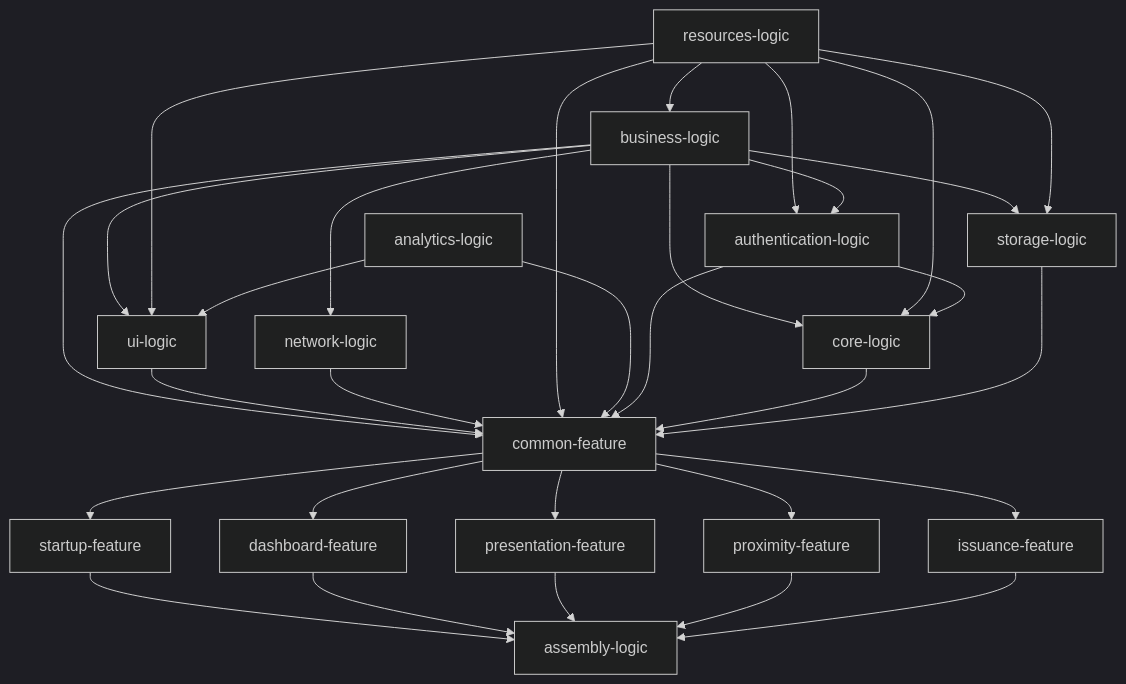
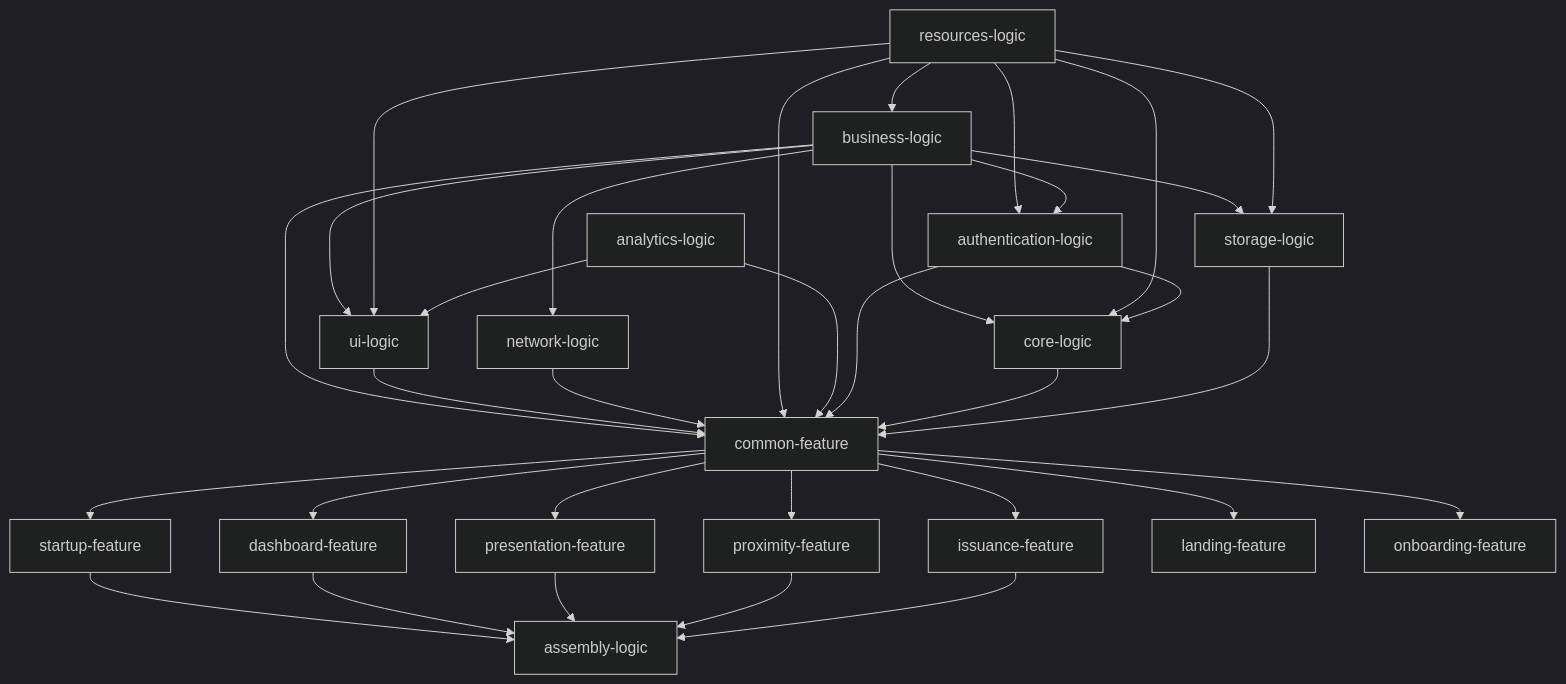
Before and after one commit to rawmain/av-app-android-wallet-ui: the diagram in README.md, drawn with Mermaid (dark theme). The commit also changed other lines of this file, not shown here.

````diff
--- a/README.md
+++ b/README.md
@@ -215,42 +186,44 @@
 ```mermaid
 graph TD;
   startup-feature --> assembly-logic
   dashboard-feature --> assembly-logic
   presentation-feature --> assembly-logic
   proximity-feature --> assembly-logic
   issuance-feature --> assembly-logic
 
   common-feature --> startup-feature
   common-feature --> dashboard-feature
   common-feature --> presentation-feature
   common-feature --> proximity-feature
   common-feature --> issuance-feature
+  common-feature --> landing-feature
+  common-feature --> onboarding-feature
 
   business-logic -->common-feature
   ui-logic -->common-feature
   network-logic -->common-feature
   resources-logic -->common-feature
   analytics-logic -->common-feature 
   authentication-logic -->common-feature 
   core-logic -->common-feature
   storage-logic -->common-feature 
 
   business-logic -->core-logic
   resources-logic -->core-logic
   authentication-logic -->core-logic
 
   business-logic -->ui-logic
   resources-logic -->ui-logic
   analytics-logic -->ui-logic
 
   business-logic -->network-logic
   
   business-logic -->storage-logic
 
   resources-logic -->storage-logic
 
   resources-logic -->business-logic
 
   resources-logic --> authentication-logic
   business-logic --> authentication-logic
 ```
````
